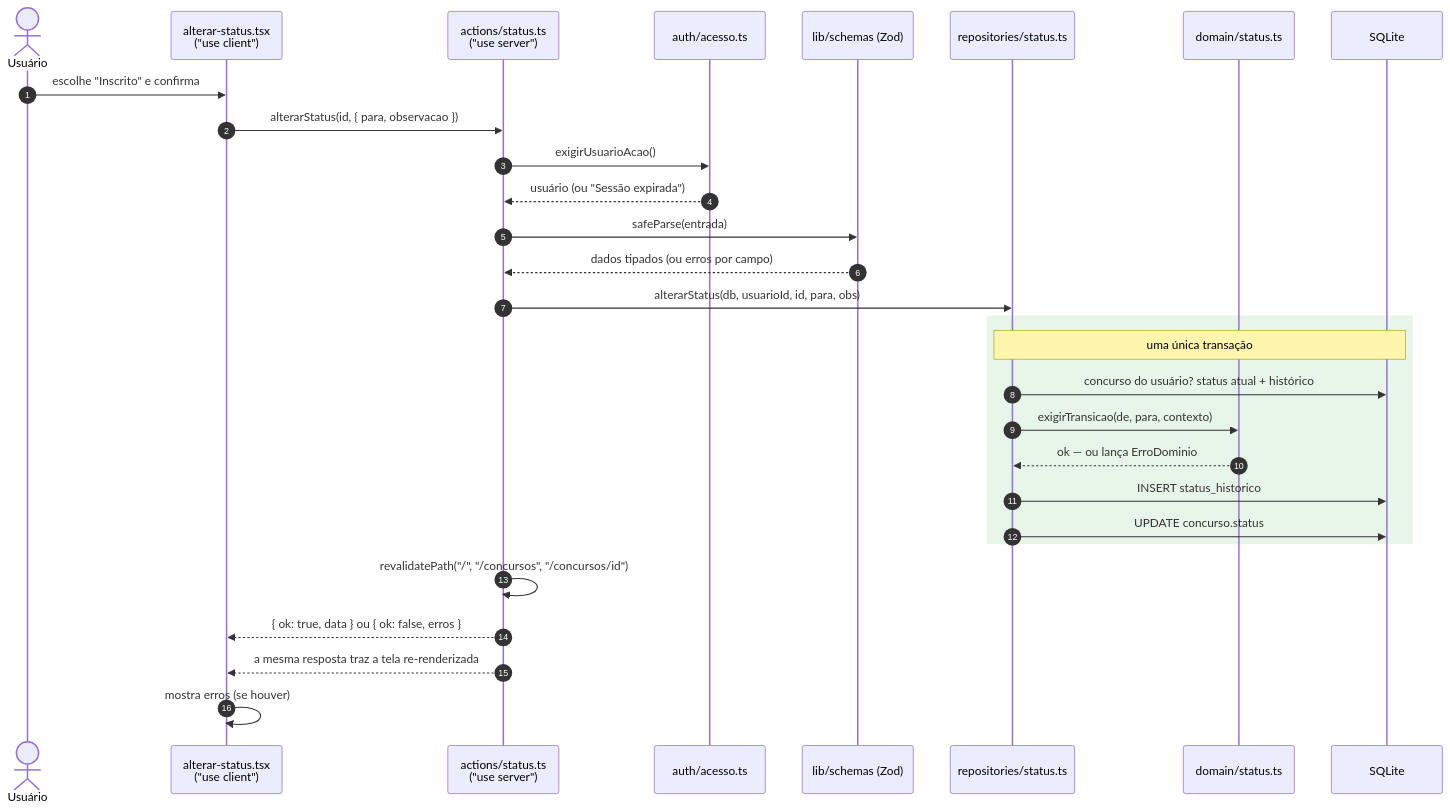
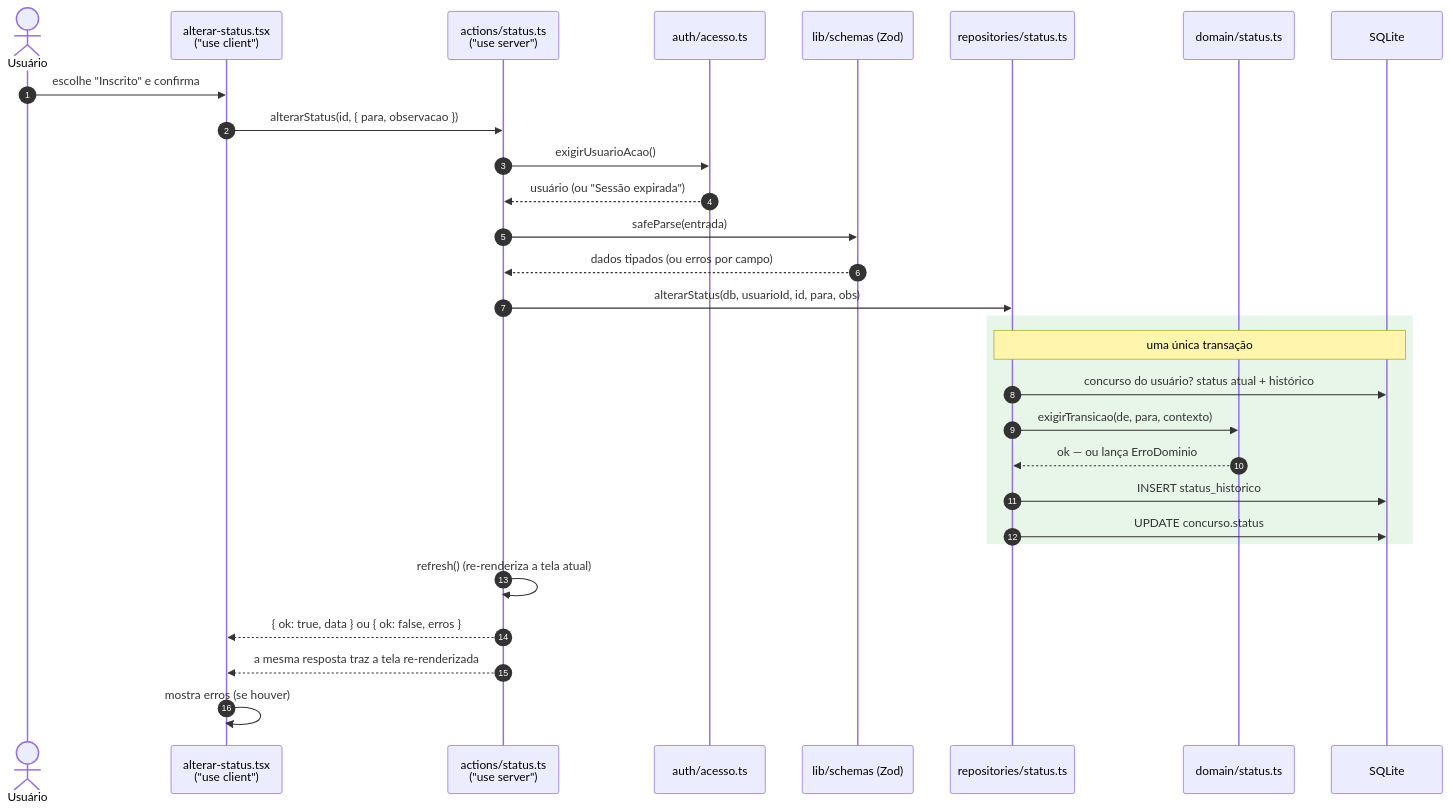
One commit to rkenjiak/concurso changed the fifth of 24 diagrams in docs/GUIA-ARQUITETURA.md. Above: the diagram before and after it, drawn with Mermaid. The commit also changed other lines of this file and 2 other files, not shown here.

Commit message:
docs: refresh() nas actions, prefetch sob demanda e abrir notificação (#124)

````diff
--- a/docs/GUIA-ARQUITETURA.md
+++ b/docs/GUIA-ARQUITETURA.md
@@ -236,32 +236,32 @@
 ```mermaid
 sequenceDiagram
   autonumber
   actor U as Usuário
   participant C as alterar-status.tsx<br/>("use client")
   participant A as actions/status.ts<br/>("use server")
   participant Au as auth/acesso.ts
   participant Z as lib/schemas (Zod)
   participant R as repositories/status.ts
   participant D as domain/status.ts
   participant DB as SQLite
 
   U->>C: escolhe "Inscrito" e confirma
   C->>A: alterarStatus(id, { para, observacao })
   A->>Au: exigirUsuarioAcao()
   Au-->>A: usuário (ou "Sessão expirada")
   A->>Z: safeParse(entrada)
   Z-->>A: dados tipados (ou erros por campo)
   A->>R: alterarStatus(db, usuarioId, id, para, obs)
   rect rgb(232, 245, 233)
     note over R,DB: uma única transação
     R->>DB: concurso do usuário? status atual + histórico
     R->>D: exigirTransicao(de, para, contexto)
     D-->>R: ok — ou lança ErroDominio
     R->>DB: INSERT status_historico
     R->>DB: UPDATE concurso.status
   end
-  A->>A: revalidatePath("/", "/concursos", "/concursos/id")
+  A->>A: refresh() (re-renderiza a tela atual)
   A-->>C: { ok: true, data } ou { ok: false, erros }
   A-->>C: a mesma resposta traz a tela re-renderizada
   C->>C: mostra erros (se houver)
 ```
````
